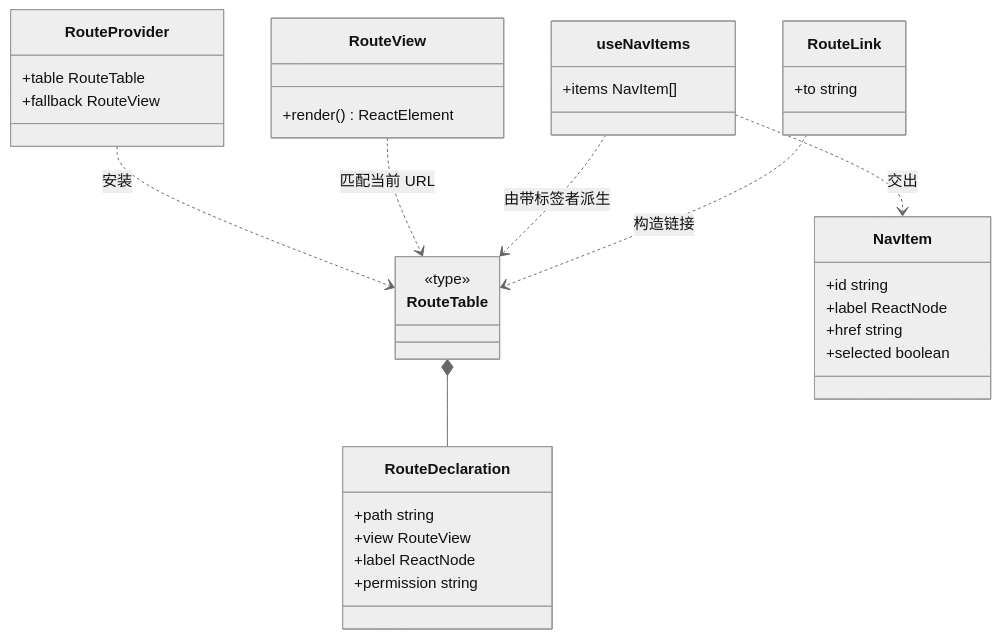
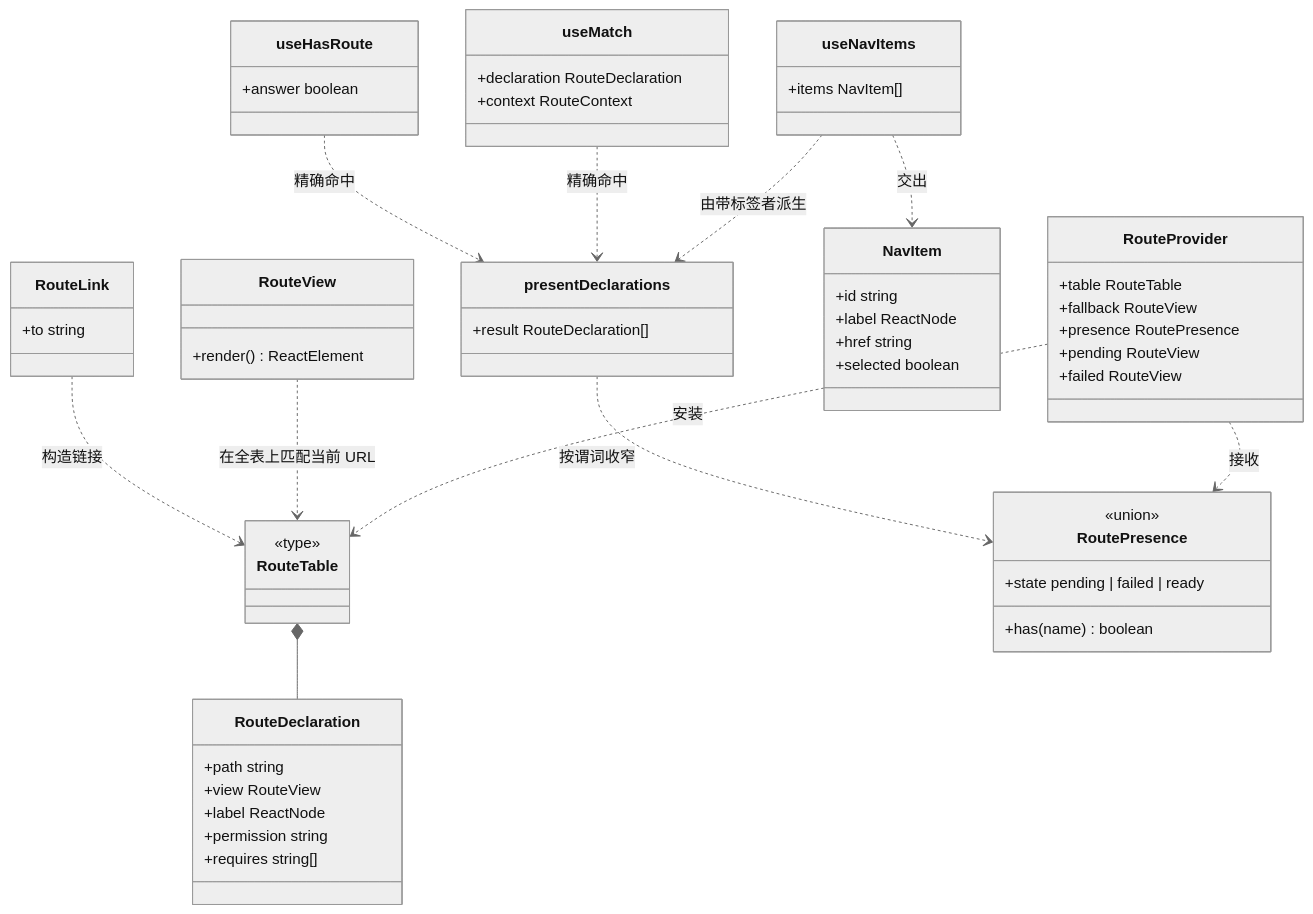
Before and after one commit to wangzw/speed: the first of 2 diagrams in docs/design/modules/web/design-web-route-kit.md, drawn with Mermaid (neutral theme). The commit also changed other lines of this file and 38 other files, not shown here.

````diff
--- a/docs/design/modules/web/design-web-route-kit.md
+++ b/docs/design/modules/web/design-web-route-kit.md
@@ -105,37 +150,60 @@
 ```mermaid
 classDiagram
     class RouteDeclaration {
         +path string
         +view RouteView
         +label ReactNode
         +permission string
+        +requires string[]
     }
     class RouteTable {
         <<type>>
     }
+    class RoutePresence {
+        <<union>>
+        +state pending | failed | ready
+        +has(name) boolean
+    }
     class RouteProvider {
         +table RouteTable
         +fallback RouteView
+        +presence RoutePresence
+        +pending RouteView
+        +failed RouteView
     }
     class RouteView {
         +render() ReactElement
     }
+    class presentDeclarations {
+        +result RouteDeclaration[]
+    }
     class useNavItems {
         +items NavItem[]
+    }
+    class useMatch {
+        +declaration RouteDeclaration
+        +context RouteContext
+    }
+    class useHasRoute {
+        +answer boolean
     }
     class NavItem {
         +id string
         +label ReactNode
         +href string
         +selected boolean
     }
     class RouteLink {
         +to string
     }
     RouteTable *-- RouteDeclaration
     RouteProvider ..> RouteTable : 安装
-    RouteView ..> RouteTable : 匹配当前 URL
-    useNavItems ..> RouteTable : 由带标签者派生
+    RouteProvider ..> RoutePresence : 接收
+    RouteView ..> RouteTable : 在全表上匹配当前 URL
+    presentDeclarations ..> RoutePresence : 按谓词收窄
+    useNavItems ..> presentDeclarations : 由带标签者派生
+    useMatch ..> presentDeclarations : 精确命中
+    useHasRoute ..> presentDeclarations : 精确命中
     useNavItems ..> NavItem : 交出
     RouteLink ..> RouteTable : 构造链接
 ```
````
